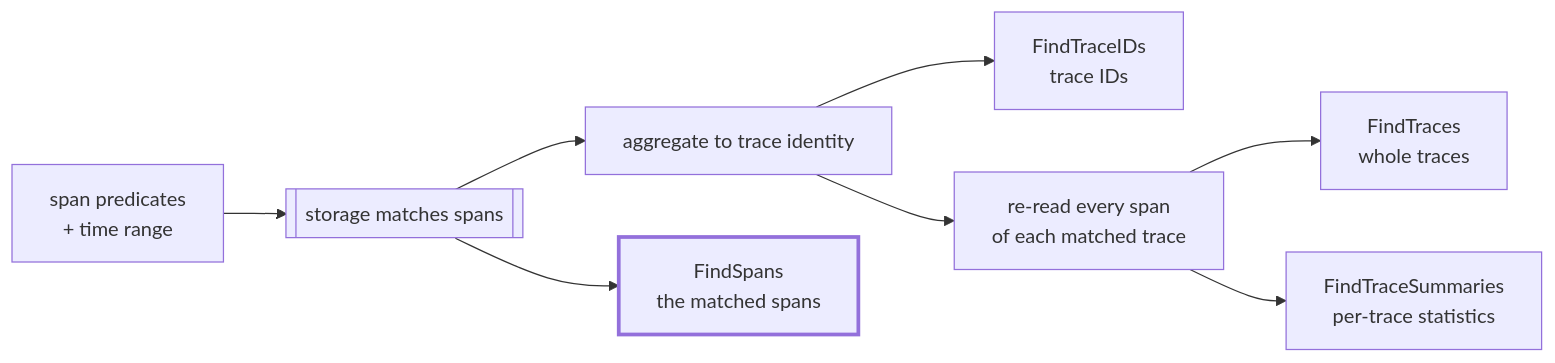
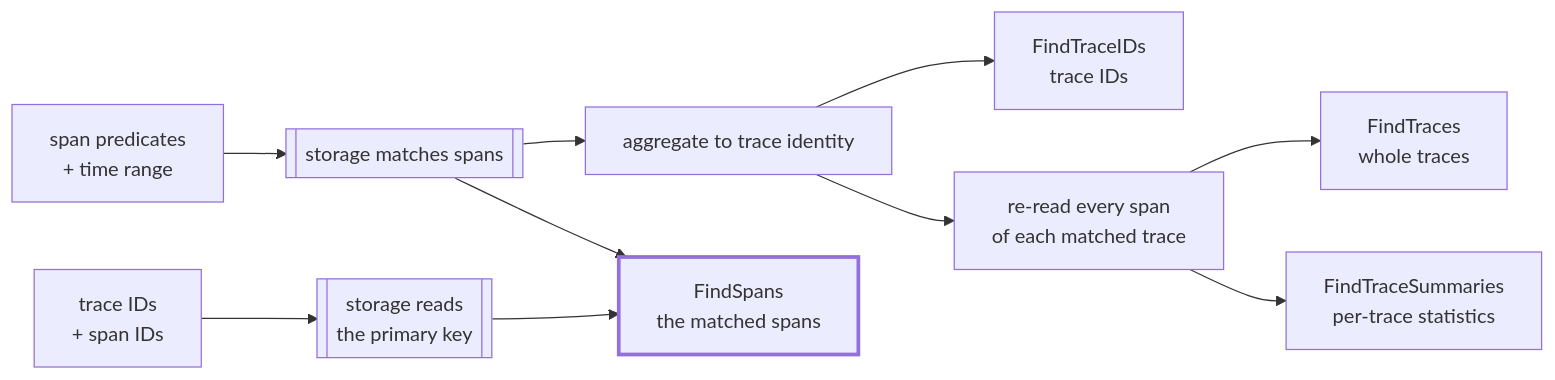
The diagram in docs/rfc/0016-span-search.md (jaegertracing/jaeger), drawn with Mermaid before and after one commit. The commit also changed other lines of this file, not shown here.

````diff
--- a/docs/rfc/0016-span-search.md
+++ b/docs/rfc/0016-span-search.md
@@ -41,12 +48,14 @@
 ```mermaid
 flowchart LR
     q["span predicates<br/>+ time range"] --> match[["storage matches spans"]]
+    ids2["trace IDs<br/>+ span IDs"] --> primary[["storage reads<br/>the primary key"]]
     match --> agg["aggregate to trace identity"]
     agg --> ids["FindTraceIDs<br/>trace IDs"]
     agg --> refetch["re-read every span<br/>of each matched trace"]
     refetch --> traces["FindTraces<br/>whole traces"]
     refetch --> sum["FindTraceSummaries<br/>per-trace statistics"]
     match --> spans["FindSpans<br/>the matched spans"]
+    primary --> spans
 
     style spans stroke-width:3px
 ```
````
